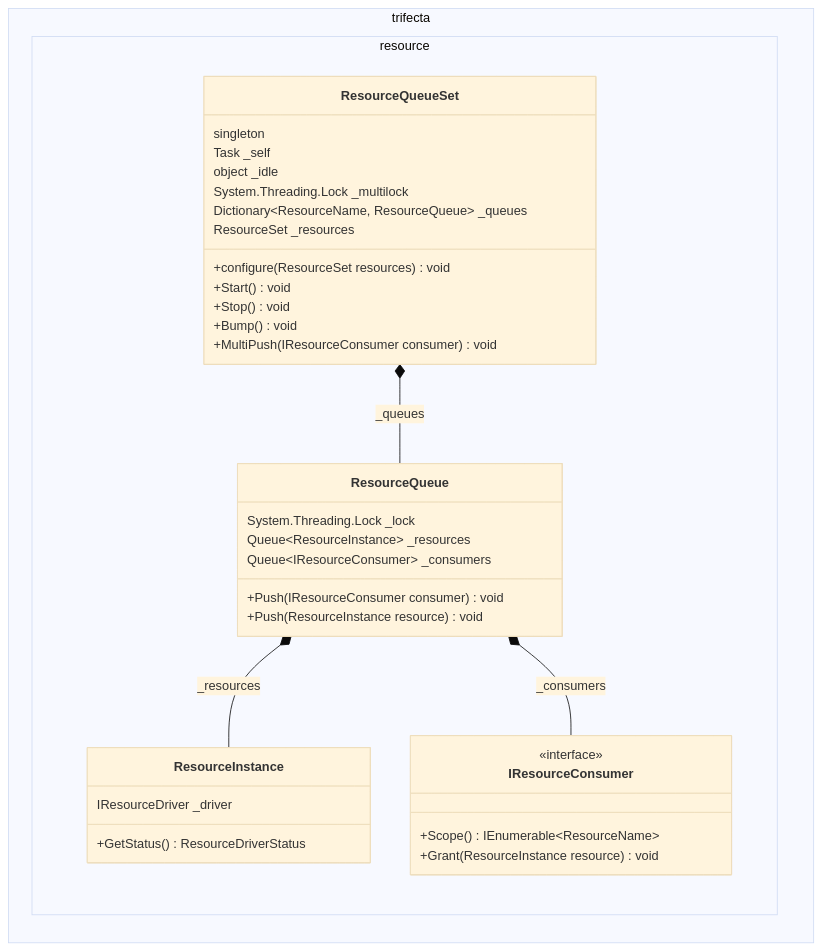
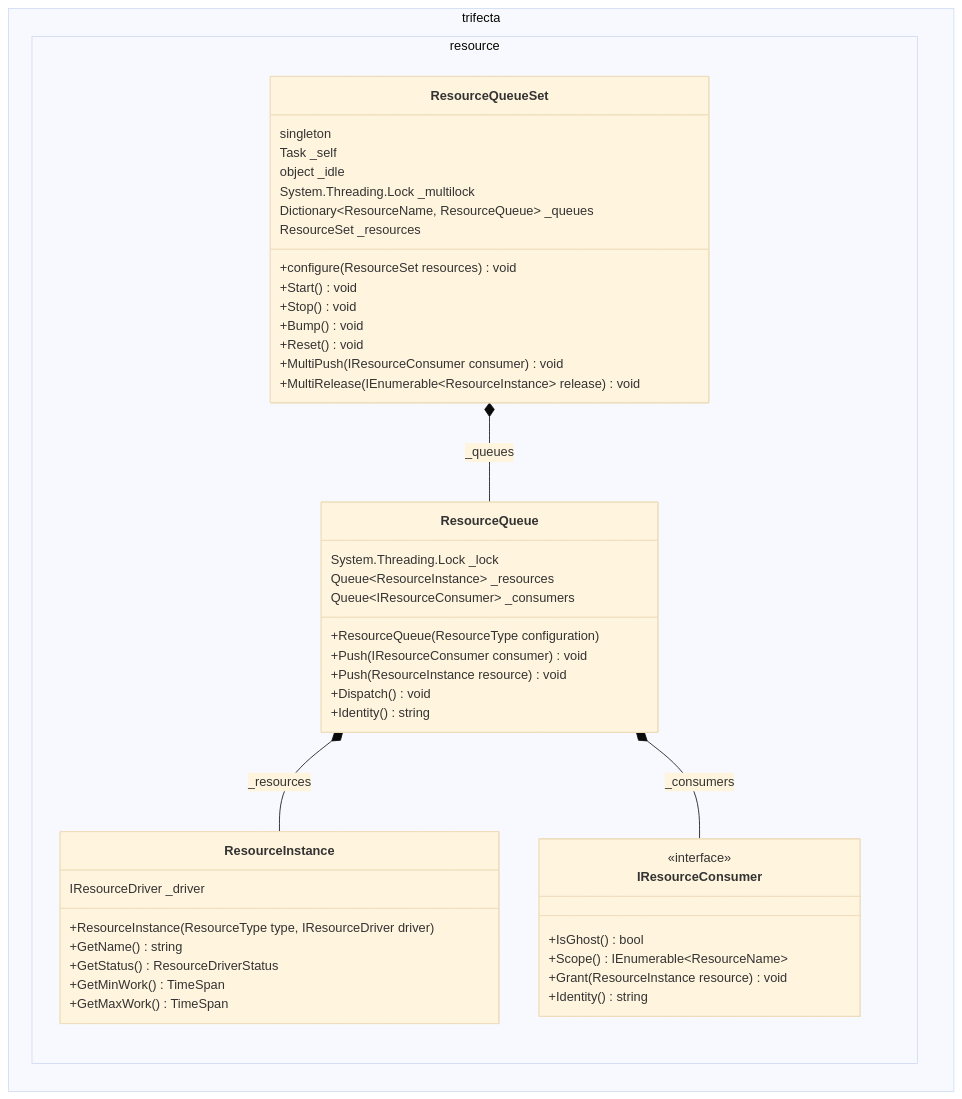
Before and after one commit to byron-hawkins/trifecta: the diagram in doc/architecture/figures/resources.md, drawn with Mermaid (base theme). The commit also changed 26 other files, not shown here.

Commit message:
Regenerate architecture outlines from C# source after fixing an issues on the reverse SMD compiler

````diff
--- a/doc/architecture/figures/resources.md
+++ b/doc/architecture/figures/resources.md
@@ -3,37 +3,48 @@
 ```mermaid
 classDiagram
 namespace trifecta.resource {
   class ResourceInstance {
     IResourceDriver _driver
+    +ResourceInstance(ResourceType type, IResourceDriver driver)
+    +GetName() string
     +GetStatus() ResourceDriverStatus
+    +GetMinWork() TimeSpan
+    +GetMaxWork() TimeSpan
   }
   class ResourceQueueSet {
     singleton
     Task _self
     object _idle
     System.Threading.Lock _multilock
     Dictionary~ResourceName, ResourceQueue~ _queues
     ResourceSet _resources
     +configure(ResourceSet resources) void
     +Start() void
     +Stop() void
     +Bump() void
+    +Reset() void
     +MultiPush(IResourceConsumer consumer) void
+    +MultiRelease(IEnumerable~ResourceInstance~ release) void
   }
   class ResourceQueue {
     System.Threading.Lock _lock
     Queue~ResourceInstance~ _resources
     Queue~IResourceConsumer~ _consumers
+    +ResourceQueue(ResourceType configuration)
     +Push(IResourceConsumer consumer) void
     +Push(ResourceInstance resource) void
+    +Dispatch() void
+    +Identity() string
   }
   class IResourceConsumer {
     <<interface>>
+    +IsGhost() bool
     +Scope() IEnumerable~ResourceName~
     +Grant(ResourceInstance resource) void
+    +Identity() string
   }
 }
 ResourceQueueSet *-- ResourceQueue : _queues
 ResourceQueue *-- ResourceInstance : _resources
 ResourceQueue *-- IResourceConsumer : _consumers
 ```
````
